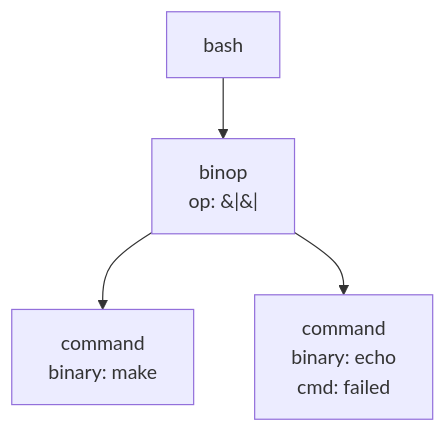
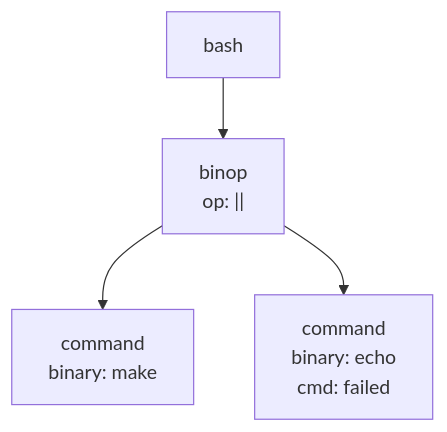
Before and after one commit to ashleydavis/expressive-permissions: the diagram in examples/ast/or-operator/index.md, drawn with Mermaid. The commit also changed 27 other files, not shown here.

````diff
--- a/examples/ast/or-operator/index.md
+++ b/examples/ast/or-operator/index.md
@@ -11,10 +11,10 @@
 ```mermaid
 graph TD
   n0["bash"]
-  n1["binop<br/>op: &#124;&#124;"]
+  n1["binop<br/>op: ||"]
   n2["command<br/>binary: make"]
   n1 --> n2
   n3["command<br/>binary: echo<br/>cmd: failed"]
   n1 --> n3
   n0 --> n1
 ```
````
